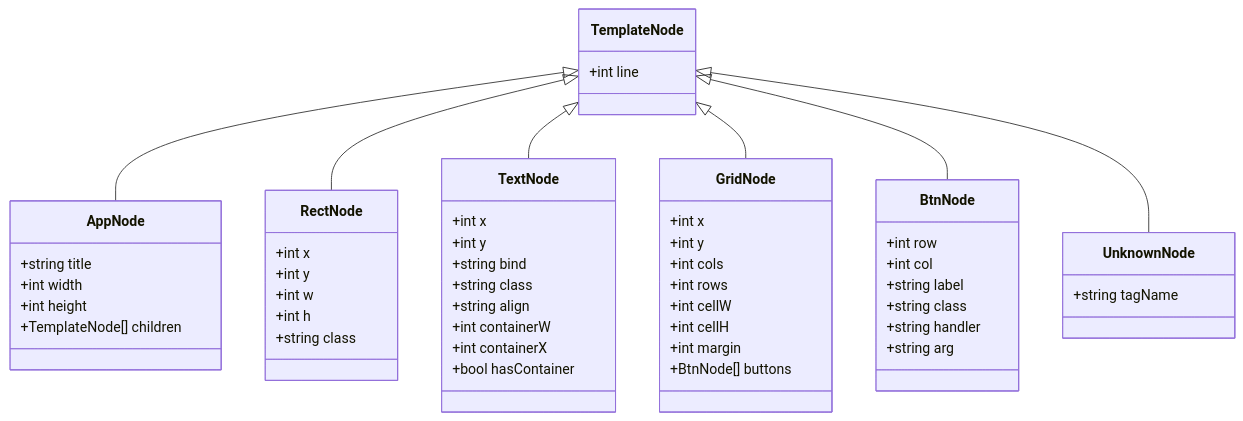
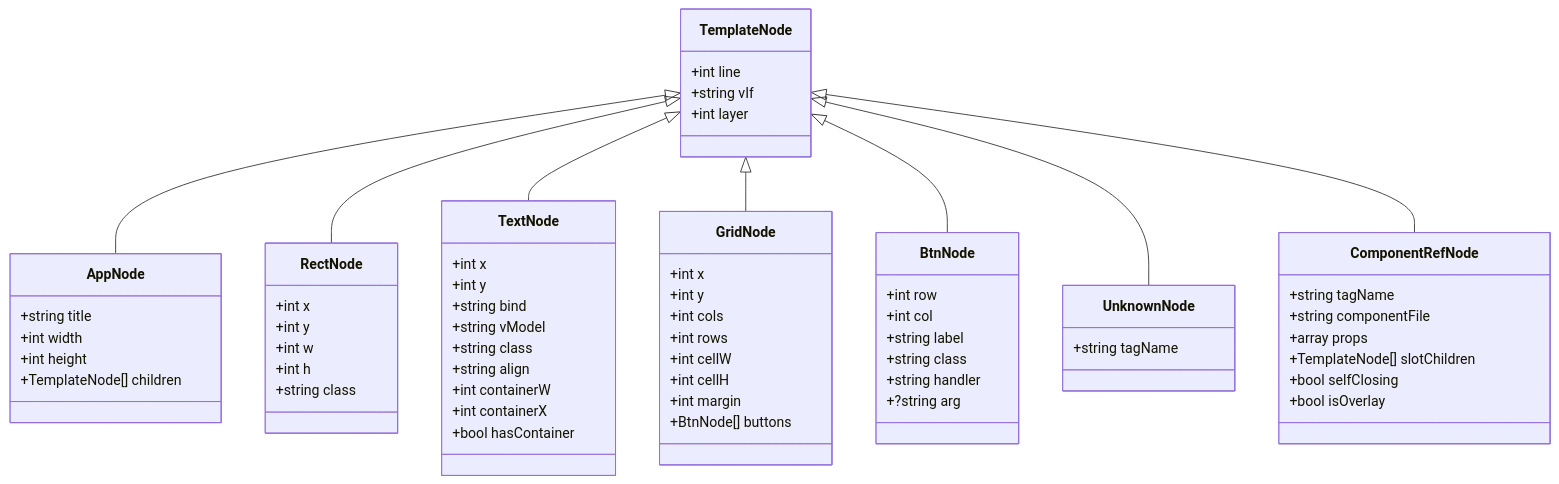
The eighth of 12 diagrams in .qoder/repowiki/zh/content/SFC编译器系统/SFC编译器系统.md (xingye00186/PHP-Data-UI-Framework-powered-by-swooleAOT), drawn with Mermaid before and after one commit. The commit also changed other lines of this file and 7 other files, not shown here.

````diff
--- a/.qoder/repowiki/zh/content/SFC编译器系统/SFC编译器系统.md
+++ b/.qoder/repowiki/zh/content/SFC编译器系统/SFC编译器系统.md
@@ -254,56 +355,68 @@
 ```mermaid
 classDiagram
 class TemplateNode {
 +int line
++string vIf
++int layer
 }
 class AppNode {
 +string title
 +int width
 +int height
 +TemplateNode[] children
 }
 class RectNode {
 +int x
 +int y
 +int w
 +int h
 +string class
 }
 class TextNode {
 +int x
 +int y
 +string bind
++string vModel
 +string class
 +string align
 +int containerW
 +int containerX
 +bool hasContainer
 }
 class GridNode {
 +int x
 +int y
 +int cols
 +int rows
 +int cellW
 +int cellH
 +int margin
 +BtnNode[] buttons
 }
 class BtnNode {
 +int row
 +int col
 +string label
 +string class
 +string handler
-+string arg
++?string arg
 }
 class UnknownNode {
 +string tagName
+}
+class ComponentRefNode {
++string tagName
++string componentFile
++array props
++TemplateNode[] slotChildren
++bool selfClosing
++bool isOverlay
 }
 TemplateNode <|-- AppNode
 TemplateNode <|-- RectNode
 TemplateNode <|-- TextNode
 TemplateNode <|-- GridNode
 TemplateNode <|-- BtnNode
 TemplateNode <|-- UnknownNode
+TemplateNode <|-- ComponentRefNode
 ```
````
